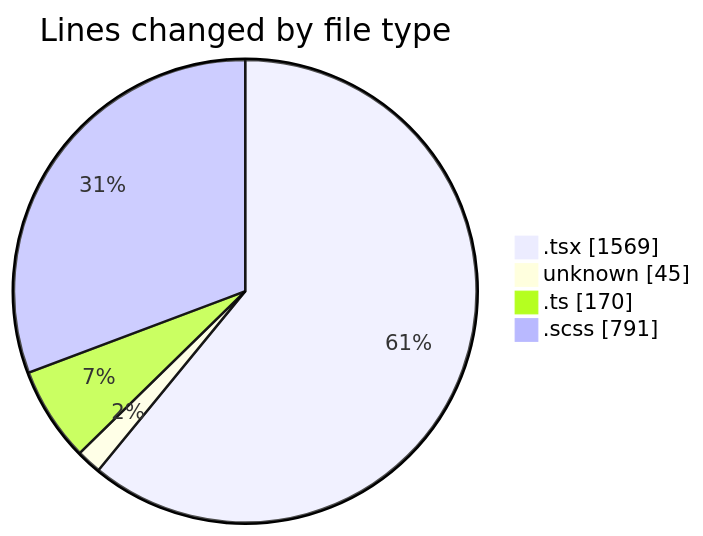
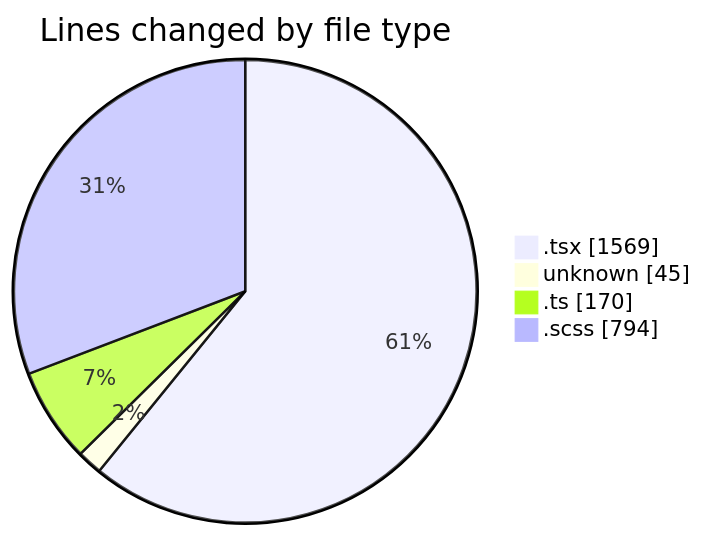
One commit to momahboobian/code-tracking changed the first of 2 diagrams in 2025-09-01/cda/README.md. Above: the diagram before and after it, drawn with Mermaid. The commit also changed other lines of this file and 1 other file, not shown here.

````diff
--- a/2025-09-01/cda/README.md
+++ b/2025-09-01/cda/README.md
@@ -26,8 +26,8 @@
 ```mermaid
 pie showData
 title Lines changed by file type
 ".tsx" : 1569
 "unknown" : 45
 ".ts" : 170
-".scss" : 791
+".scss" : 794
 ```
````
